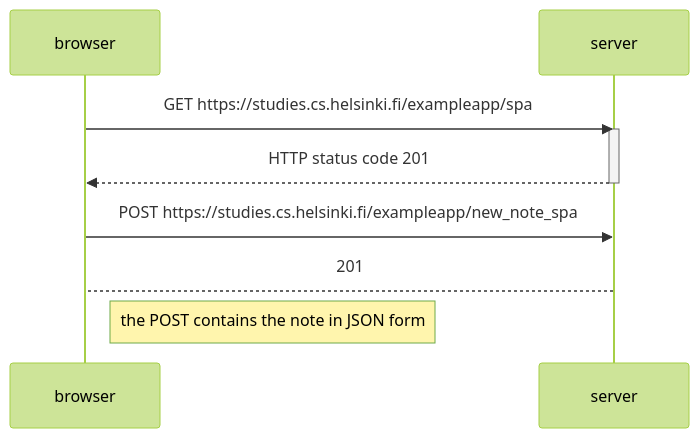
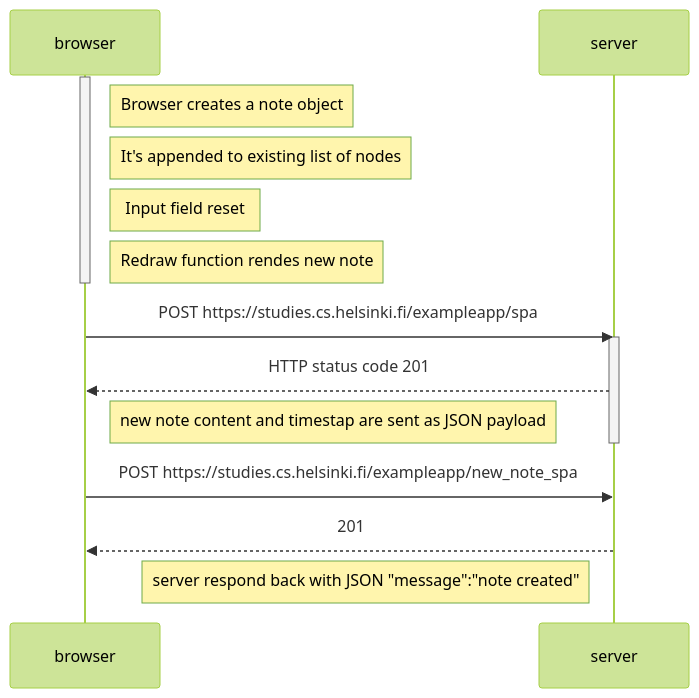
The diagram in 0.6 New Note in Singel Page App diagram.md (karloag/FullStackOpen_part0), drawn with Mermaid (forest theme) before and after one commit. The commit also changed 1 other file, not shown here.

Commit message:
finished part 0

````diff
--- a/0.6 New Note in Singel Page App diagram.md
+++ b/0.6 New Note in Singel Page App diagram.md
@@ -1,16 +1,23 @@
 ```mermaid 
 sequenceDiagram
 participant browser 
 participant server
+activate browser
 
-browser->>server: GET https://studies.cs.helsinki.fi/exampleapp/spa 
+note right of browser: Browser creates a note object  
+note right of browser: It's appended to existing list of nodes
+note right of browser: Input field reset
+note right of browser: Redraw function rendes new note
+deactivate browser
+
+browser->>server: POST  https://studies.cs.helsinki.fi/exampleapp/spa 
 activate server 
-
 server-->>browser: HTTP status code 201
+note right of browser: new note content and timestap are sent as JSON payload
 deactivate server 
 
 browser->> server: POST https://studies.cs.helsinki.fi/exampleapp/new_note_spa
-server--> browser:  201
-note right of browser: the POST contains the note in JSON form
+server-->> browser:  201
+note left of server : server respond back with JSON  "message":"note created"
  
 ``` 
````
